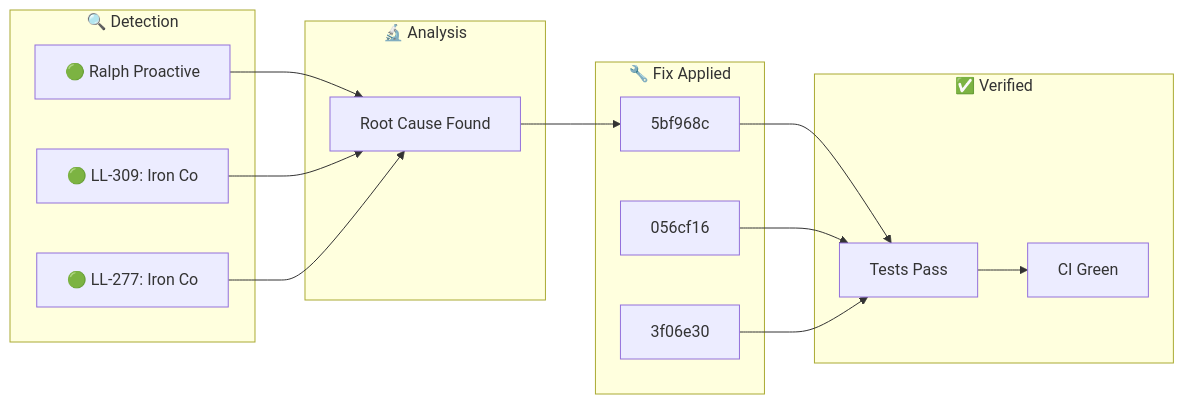
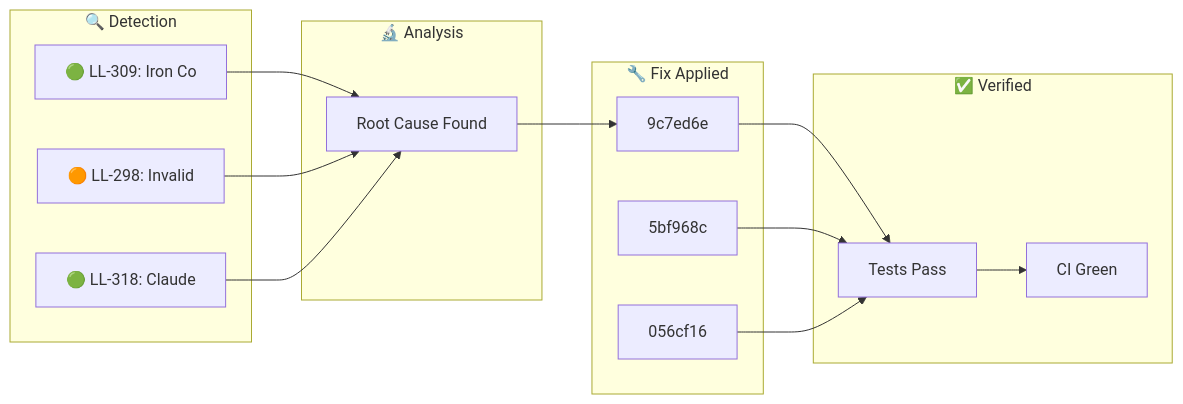
The diagram in docs/_posts/2026-02-01-ralph-discovery.md (webclinic017/trading-spy-iron-condor), drawn with Mermaid before and after one commit. The commit also changed other lines of this file, not shown here.

Commit message:
docs(ralph): Auto-publish discovery blog post

````diff
--- a/docs/_posts/2026-02-01-ralph-discovery.md
+++ b/docs/_posts/2026-02-01-ralph-discovery.md
@@ -17,28 +17,28 @@
 ```mermaid
 flowchart LR
     subgraph Detection["🔍 Detection"]
-        D1["🟢 Ralph Proactive"]
-        D2["🟢 LL-309: Iron Co"]
-        D3["🟢 LL-277: Iron Co"]
+        D1["🟢 LL-309: Iron Co"]
+        D2["🟠 LL-298: Invalid"]
+        D3["🟢 LL-318: Claude "]
     end
     subgraph Analysis["🔬 Analysis"]
         A1["Root Cause Found"]
     end
     subgraph Fix["🔧 Fix Applied"]
-        F1["5bf968c"]
-        F2["056cf16"]
-        F3["3f06e30"]
+        F1["9c7ed6e"]
+        F2["5bf968c"]
+        F3["056cf16"]
     end
     subgraph Verify["✅ Verified"]
         V1["Tests Pass"]
         V2["CI Green"]
     end
     D1 --> A1
     D2 --> A1
     D3 --> A1
     A1 --> F1
     F1 --> V1
     F2 --> V1
     F3 --> V1
     V1 --> V2
 ```
````
